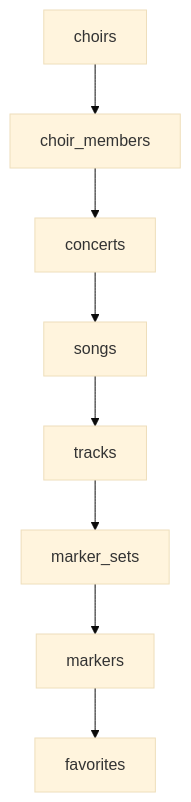
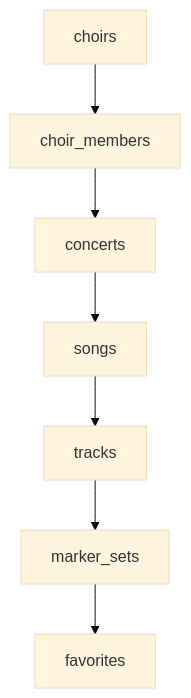
Before and after one commit to martinhansdk/repertoire-coach: the third of 7 diagrams in docs/SYNC_ARCHITECTURE.md, drawn with Mermaid (base theme). The commit also changed other lines of this file and 1 other file, not shown here.

````diff
--- a/docs/SYNC_ARCHITECTURE.md
+++ b/docs/SYNC_ARCHITECTURE.md
@@ -74,4 +114,4 @@
 ```mermaid
 flowchart TD
-  choirs --> choir_members --> concerts --> songs --> tracks --> marker_sets --> markers --> favorites
+  choirs --> choir_members --> concerts --> songs --> tracks --> marker_sets --> favorites
 ```
````
